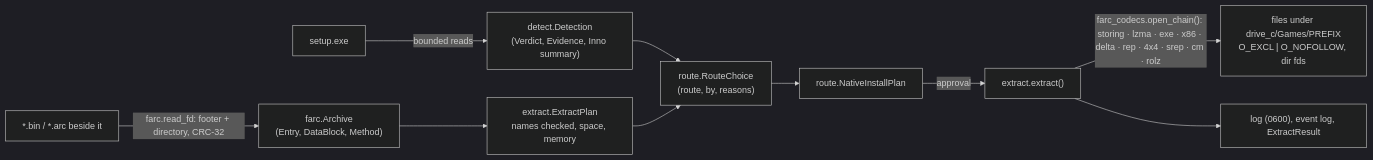
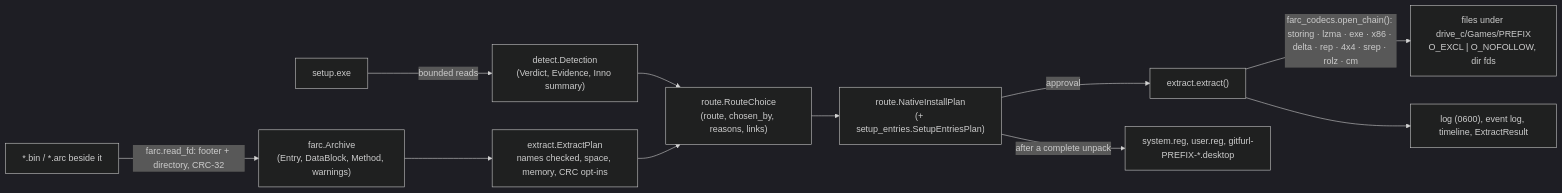
One commit to undecuple/gitfurl changed the fifth of 6 diagrams in docs/code-map.md. Above: the diagram before and after it, drawn with Mermaid (dark theme). The commit also changed other lines of this file and 5 other files, not shown here.

````diff
--- a/docs/code-map.md
+++ b/docs/code-map.md
@@ -165,12 +179,13 @@
 ```mermaid
 flowchart LR
   I["setup.exe"] -->|bounded reads| D["detect.Detection<br/>(Verdict, Evidence, Inno summary)"]
-  A["*.bin / *.arc beside it"] -->|farc.read_fd: footer + directory, CRC-32| FA["farc.Archive<br/>(Entry, DataBlock, Method)"]
-  FA --> EP["extract.ExtractPlan<br/>names checked, space, memory"]
-  D --> RC["route.RouteChoice<br/>(route, by, reasons)"]
+  A["*.bin / *.arc beside it"] -->|farc.read_fd: footer + directory, CRC-32| FA["farc.Archive<br/>(Entry, DataBlock, Method, warnings)"]
+  FA --> EP["extract.ExtractPlan<br/>names checked, space, memory, CRC opt-ins"]
+  D --> RC["route.RouteChoice<br/>(route, chosen_by, reasons, links)"]
   EP --> RC
-  RC --> NP["route.NativeInstallPlan"]
+  RC --> NP["route.NativeInstallPlan<br/>(+ setup_entries.SetupEntriesPlan)"]
   NP -->|approval| X["extract.extract()"]
-  X -->|"farc_codecs.open_chain(): storing · lzma · exe · x86 · delta · rep · 4x4 · srep · cm · rolz"| F["files under drive_c/Games/PREFIX<br/>O_EXCL | O_NOFOLLOW, dir fds"]
-  X --> L["log (0600), event log, ExtractResult"]
+  X -->|"farc_codecs.open_chain(): storing · lzma · exe · x86 · delta · rep · 4x4 · srep · rolz · cm"| F["files under drive_c/Games/PREFIX<br/>O_EXCL | O_NOFOLLOW, dir fds"]
+  X --> L["log (0600), event log, timeline, ExtractResult"]
+  NP -->|after a complete unpack| S["system.reg, user.reg, gitfurl-PREFIX-*.desktop"]
 ```
````
